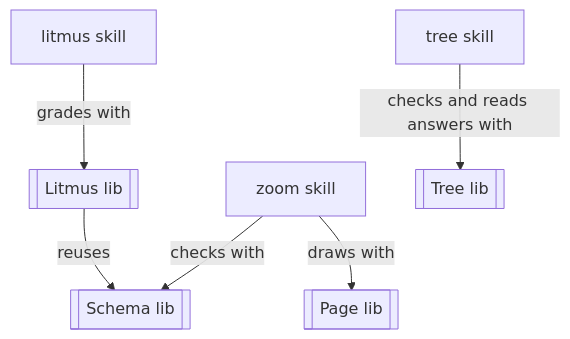
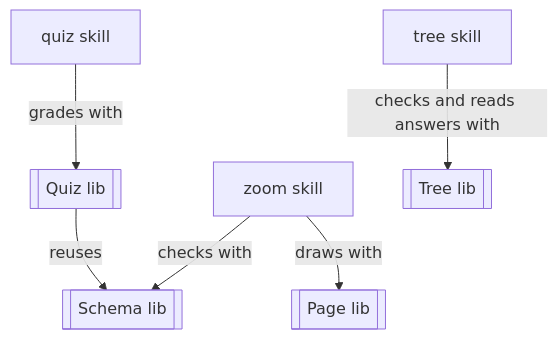
Before and after one commit to kalaluthien/mumu-claude-plugin: the second of 3 diagrams in README.md, drawn with Mermaid. The commit also changed other lines of this file and 52 other files, not shown here.

First line of the commit message:
Rename paperwork:litmus skill to quiz (#876)

````diff
--- a/README.md
+++ b/README.md
@@ -111,15 +111,15 @@
 ```mermaid
 flowchart TB
   n_zoom["zoom skill"]
-  n_litmus["litmus skill"]
+  n_quiz["quiz skill"]
   n_schema[["Schema lib"]]
   n_page[["Page lib"]]
-  n_spec[["Litmus lib"]]
+  n_spec[["Quiz lib"]]
   n_tree["tree skill"]
   n_plan[["Tree lib"]]
   n_zoom -->|"checks with"| n_schema
   n_zoom -->|"draws with"| n_page
-  n_litmus -->|"grades with"| n_spec
+  n_quiz -->|"grades with"| n_spec
   n_spec -->|"reuses"| n_schema
   n_tree -->|"checks and reads answers with"| n_plan
 ```
````
